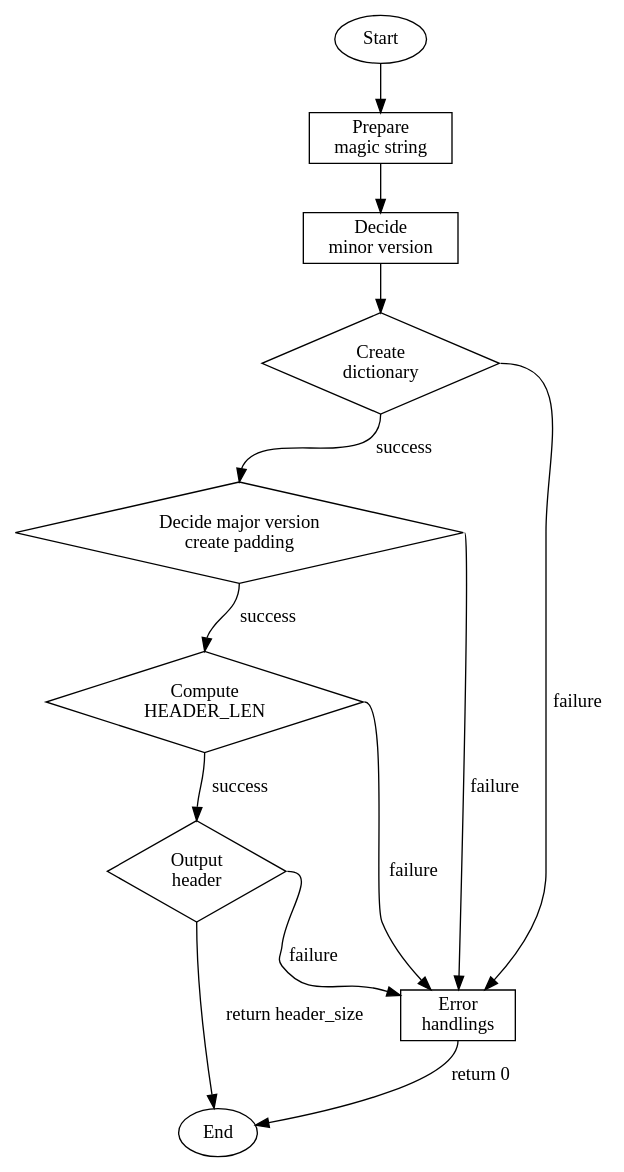
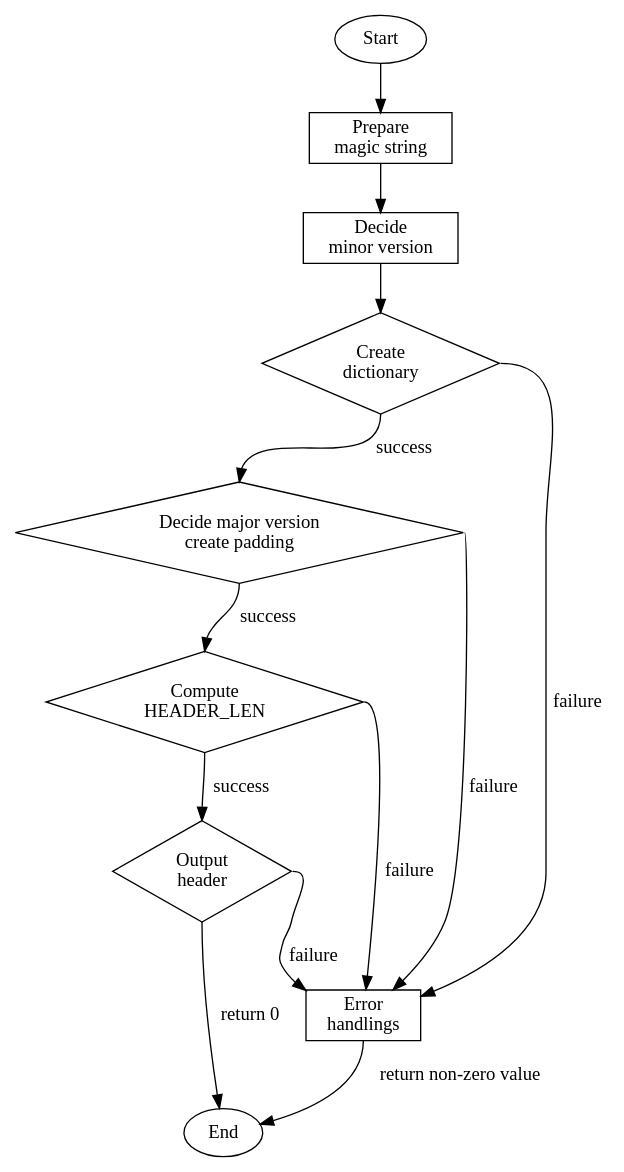
One commit to NaokiHori/SimpleNpyIO changed the first of 2 diagrams in docs/source/implementation.rst. Above: the diagram before and after it, drawn with Graphviz. The commit also changed other lines of this file and 5 other files, not shown here.

Commit message:
[mod] backward-incompatible change / return error code instead of header size

```diff
--- a/docs/source/implementation.rst
+++ b/docs/source/implementation.rst
@@ -30,57 +29,57 @@
 .. graphviz::
 
    digraph {
 
       spline = false;
 
       start [
          label = "Start";
          shape = oval;
       ];
       magic_string [
          label = "Prepare\nmagic string";
          shape = rect;
       ];
       minor_version [
          label = "Decide\nminor version";
          shape = rect;
       ];
       create_dict [
          label = "Create\ndictionary";
          shape = diamond;
       ];
       major_version [
          label = "Decide major version\ncreate padding";
          shape = diamond;
       ];
       header_len [
          label = "Compute\nHEADER_LEN";
          shape = diamond;
       ];
       output [
          label = "Output\nheader";
          shape = diamond;
       ];
       end [
          label = "End";
          shape = oval;
       ];
       error [
          label = "Error\nhandlings"
          shape = rect;
       ];
 
       start:s         -> magic_string:n;
       magic_string:s  -> minor_version:n;
       minor_version:s -> create_dict:n;
       create_dict:s   -> major_version:n [label="success"];
       create_dict:e   -> error           [label="failure"];
       major_version:s -> header_len:n    [label="success"];
       major_version:e -> error           [label="failure"];
       header_len:s    -> output:n        [label="success"];
       header_len:e    -> error           [label="failure"];
-      output:s        -> end             [label="return header_size"];
+      output:s        -> end             [label="return 0"];
       output:e        -> error           [label="failure"];
-      error:s         -> end             [label="return 0"];
+      error:s         -> end             [label="return non-zero value"];
 
    }
```
